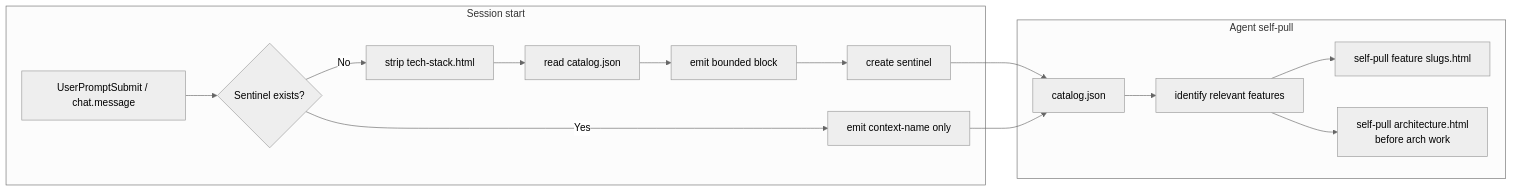
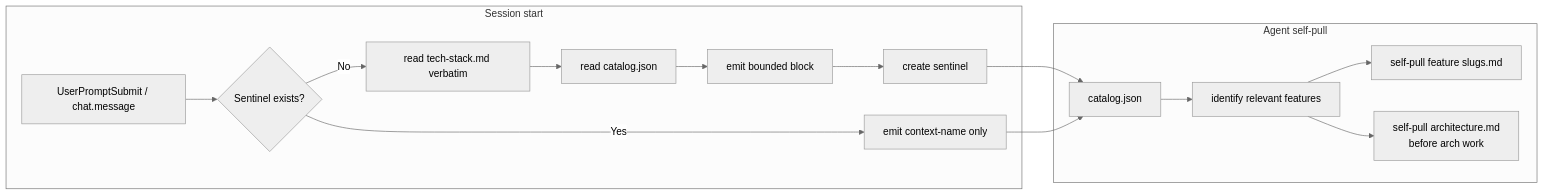
One commit to marcoaureliomenezes/dadaia-workspace changed the fourth of 5 diagrams in specs/memory/architecture.md. Above: the diagram before and after it, drawn with Mermaid (neutral theme). The commit also changed other lines of this file and 7 other files, not shown here.

````diff
--- a/specs/memory/architecture.md
+++ b/specs/memory/architecture.md
@@ -231,22 +228,22 @@
 ```mermaid
 flowchart LR
     subgraph Session start
       A[UserPromptSubmit / chat.message]
       B{Sentinel exists?}
       A --> B
-      B -- No --> C[strip tech-stack.html]
+      B -- No --> C[read tech-stack.md verbatim]
       C --> D[read catalog.json]
       D --> E[emit bounded block]
       E --> F[create sentinel]
       B -- Yes --> G[emit context-name only]
     end
     subgraph Agent self-pull
       H[catalog.json]
       I[identify relevant features]
       H --> I
-      I --> J[self-pull feature slugs.html]
-      I --> K[self-pull architecture.html\nbefore arch work]
+      I --> J[self-pull feature slugs.md]
+      I --> K[self-pull architecture.md\nbefore arch work]
     end
     F --> H
     G --> H
 ```
````
